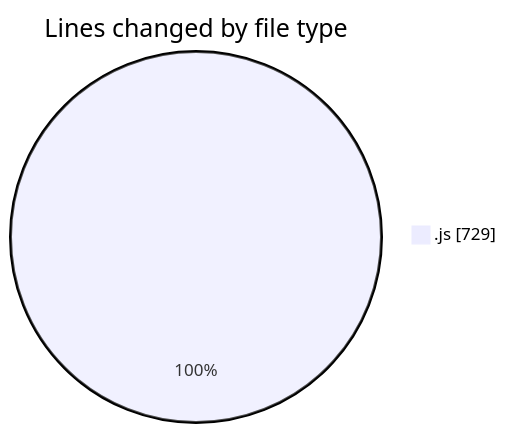
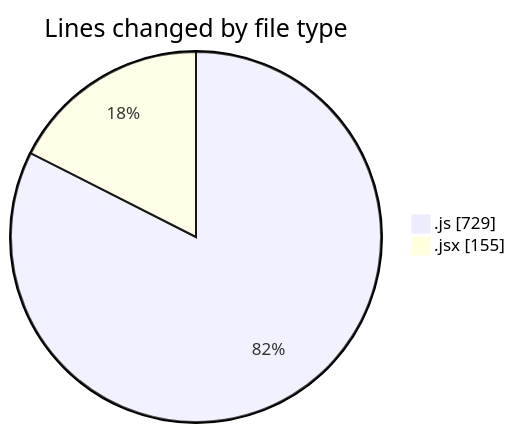
Before and after one commit to nxtqubesakshisongat/code-tracking: the first of 2 diagrams in 2025-08-29/nxtqube_webapp/README.md, drawn with Mermaid. The commit also changed other lines of this file and 1 other file, not shown here.

````diff
--- a/2025-08-29/nxtqube_webapp/README.md
+++ b/2025-08-29/nxtqube_webapp/README.md
@@ -20,5 +21,6 @@
 ```mermaid
 pie showData
 title Lines changed by file type
 ".js" : 729
+".jsx" : 155
 ```
````
